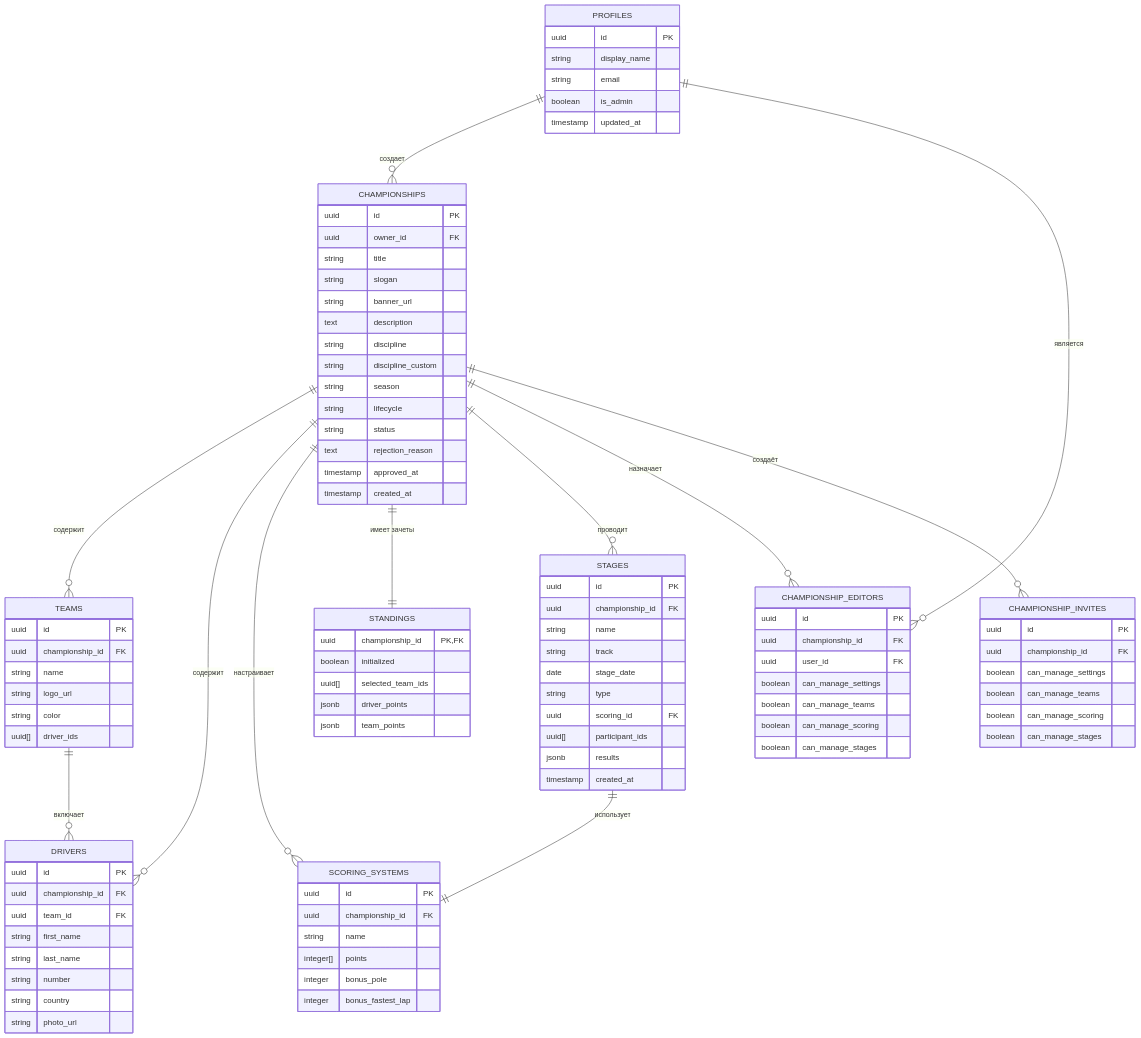
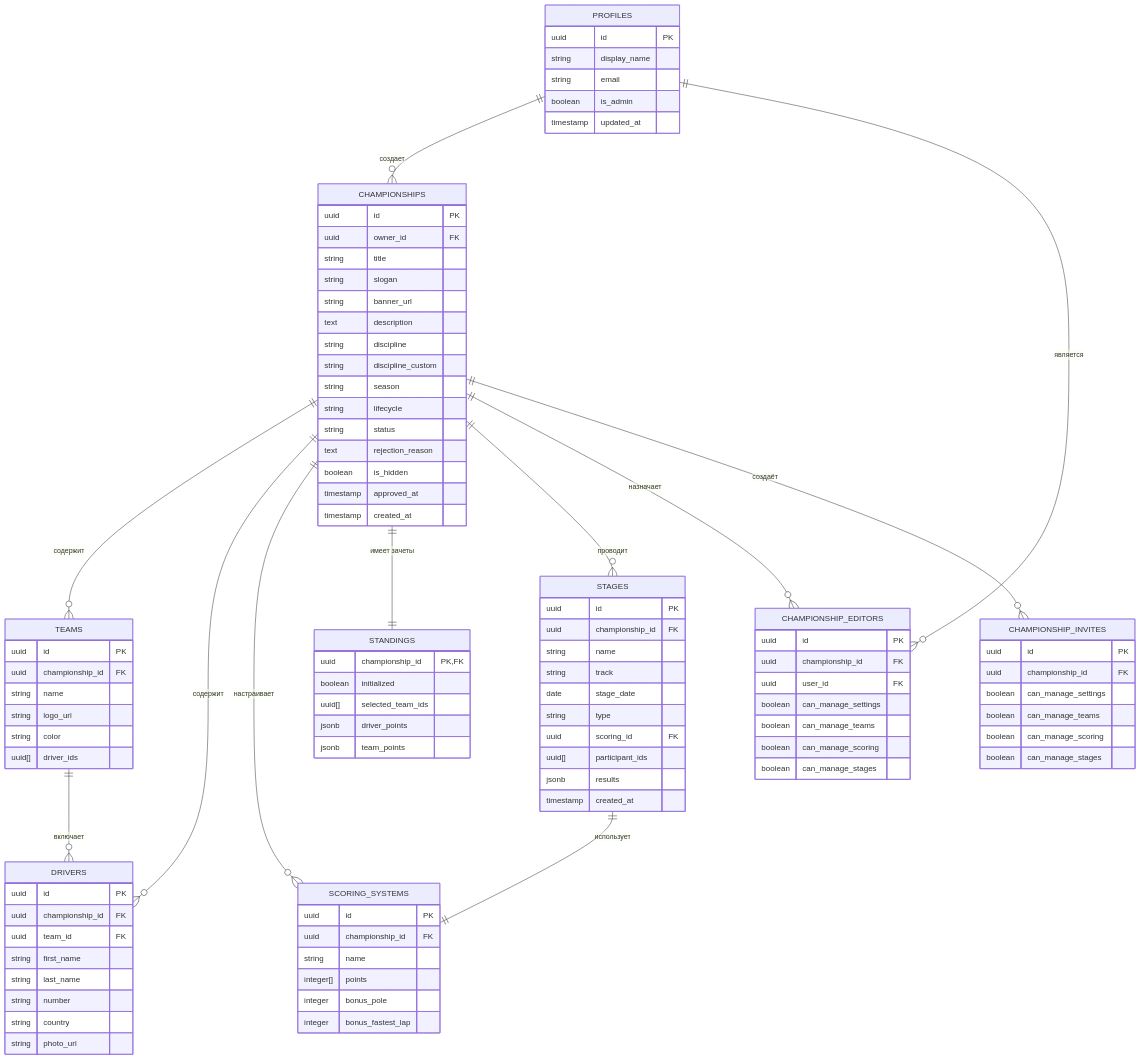
The first of 2 diagrams in project.md (lyoshme/lme-race-control), drawn with Mermaid before and after one commit. The commit also changed other lines of this file and 6 other files, not shown here.

```diff
--- a/project.md
+++ b/project.md
@@ -160,6 +166,7 @@
         string lifecycle
         string status
         text rejection_reason
+        boolean is_hidden
         timestamp approved_at
         timestamp created_at
     }
```
